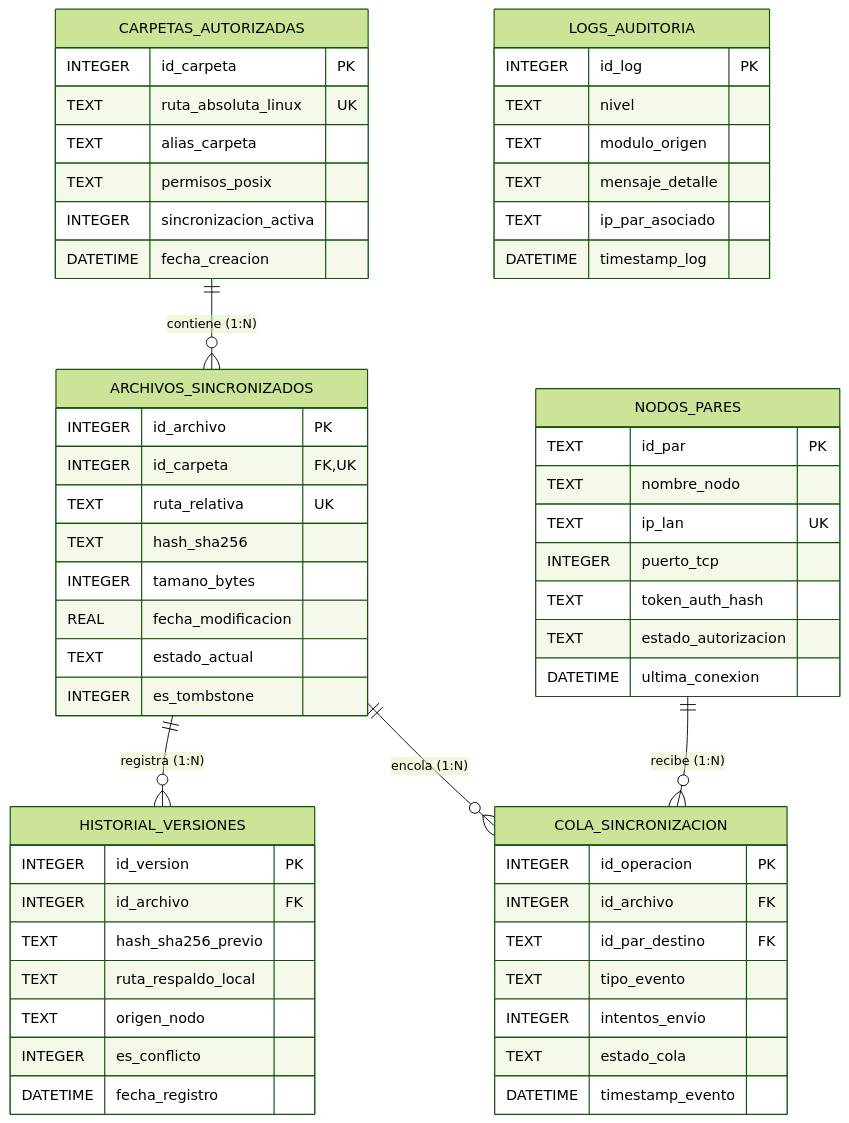
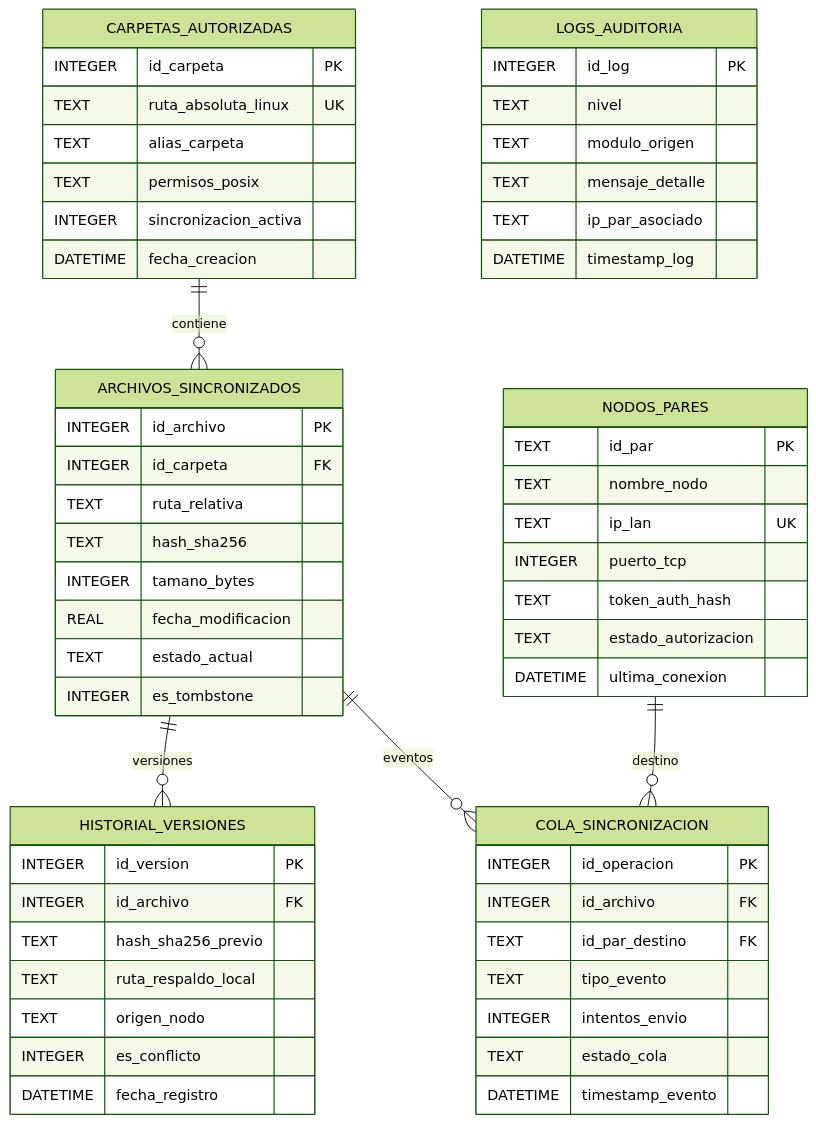
One commit to Codeforgeettttt/localsync-lan-engine_SistemasOperativos_G1 changed the diagram in documentacion/diagramas/fuentes_mermaid/modelo_relacional.mmd. Above: the diagram before and after it, drawn with Mermaid (forest theme).

Commit message:
docs(diagrams): alinear fuente Mermaid con motor actual y roadmap

```diff
--- a/documentacion/diagramas/fuentes_mermaid/modelo_relacional.mmd
+++ b/documentacion/diagramas/fuentes_mermaid/modelo_relacional.mmd
@@ -1,61 +1,67 @@
-%% Modelo Entidad-Relación SQLite 3 - LocalSync (Grupo G1)
-%% Integrantes: Valery Michell Herrera Roca, Daniel Felipe Rojas Gonzales
+%% Modelo SQLite existente en src/bd/schema.sql.
+%% Las tablas están definidas, pero el motor de envío NO alimenta la cola automáticamente.
 erDiagram
-    CARPETAS_AUTORIZADAS ||--o{ ARCHIVOS_SINCRONIZADOS : "contiene (1:N)"
-    ARCHIVOS_SINCRONIZADOS ||--o{ HISTORIAL_VERSIONES : "registra (1:N)"
-    ARCHIVOS_SINCRONIZADOS ||--o{ COLA_SINCRONIZACION : "encola (1:N)"
-    NODOS_PARES ||--o{ COLA_SINCRONIZACION : "recibe (1:N)"
+  CARPETAS_AUTORIZADAS ||--o{ ARCHIVOS_SINCRONIZADOS : contiene
+  ARCHIVOS_SINCRONIZADOS ||--o{ HISTORIAL_VERSIONES : versiones
+  ARCHIVOS_SINCRONIZADOS ||--o{ COLA_SINCRONIZACION : eventos
+  NODOS_PARES ||--o{ COLA_SINCRONIZACION : destino
 
-    CARPETAS_AUTORIZADAS {
-        INTEGER id_carpeta PK
-        TEXT ruta_absoluta_linux UK
-        TEXT alias_carpeta
-        TEXT permisos_posix
-        INTEGER sincronizacion_activa
-        DATETIME fecha_creacion
-    }
-    ARCHIVOS_SINCRONIZADOS {
-        INTEGER id_archivo PK
-        INTEGER id_carpeta FK,UK
-        TEXT ruta_relativa UK
-        TEXT hash_sha256
-        INTEGER tamano_bytes
-        REAL fecha_modificacion
-        TEXT estado_actual
-        INTEGER es_tombstone
-    }
-    NODOS_PARES {
-        TEXT id_par PK
-        TEXT nombre_nodo
-        TEXT ip_lan UK
-        INTEGER puerto_tcp
-        TEXT token_auth_hash
-        TEXT estado_autorizacion
-        DATETIME ultima_conexion
-    }
-    HISTORIAL_VERSIONES {
-        INTEGER id_version PK
-        INTEGER id_archivo FK
-        TEXT hash_sha256_previo
-        TEXT ruta_respaldo_local
-        TEXT origen_nodo
-        INTEGER es_conflicto
-        DATETIME fecha_registro
-    }
-    COLA_SINCRONIZACION {
-        INTEGER id_operacion PK
-        INTEGER id_archivo FK
-        TEXT id_par_destino FK
-        TEXT tipo_evento
-        INTEGER intentos_envio
-        TEXT estado_cola
-        DATETIME timestamp_evento
-    }
-    LOGS_AUDITORIA {
-        INTEGER id_log PK
-        TEXT nivel
-        TEXT modulo_origen
-        TEXT mensaje_detalle
-        TEXT ip_par_asociado
-        DATETIME timestamp_log
-    }
+  CARPETAS_AUTORIZADAS {
+    INTEGER id_carpeta PK
+    TEXT ruta_absoluta_linux UK
+    TEXT alias_carpeta
+    TEXT permisos_posix
+    INTEGER sincronizacion_activa
+    DATETIME fecha_creacion
+  }
+
+  ARCHIVOS_SINCRONIZADOS {
+    INTEGER id_archivo PK
+    INTEGER id_carpeta FK
+    TEXT ruta_relativa
+    TEXT hash_sha256
+    INTEGER tamano_bytes
+    REAL fecha_modificacion
+    TEXT estado_actual
+    INTEGER es_tombstone
+  }
+
+  NODOS_PARES {
+    TEXT id_par PK
+    TEXT nombre_nodo
+    TEXT ip_lan UK
+    INTEGER puerto_tcp
+    TEXT token_auth_hash
+    TEXT estado_autorizacion
+    DATETIME ultima_conexion
+  }
+
+  HISTORIAL_VERSIONES {
+    INTEGER id_version PK
+    INTEGER id_archivo FK
+    TEXT hash_sha256_previo
+    TEXT ruta_respaldo_local
+    TEXT origen_nodo
+    INTEGER es_conflicto
+    DATETIME fecha_registro
+  }
+
+  COLA_SINCRONIZACION {
+    INTEGER id_operacion PK
+    INTEGER id_archivo FK
+    TEXT id_par_destino FK
+    TEXT tipo_evento
+    INTEGER intentos_envio
+    TEXT estado_cola
+    DATETIME timestamp_evento
+  }
+
+  LOGS_AUDITORIA {
+    INTEGER id_log PK
+    TEXT nivel
+    TEXT modulo_origen
+    TEXT mensaje_detalle
+    TEXT ip_par_asociado
+    DATETIME timestamp_log
+  }
+  %% UNIQUE real en SQL: (id_carpeta, ruta_relativa)
```
